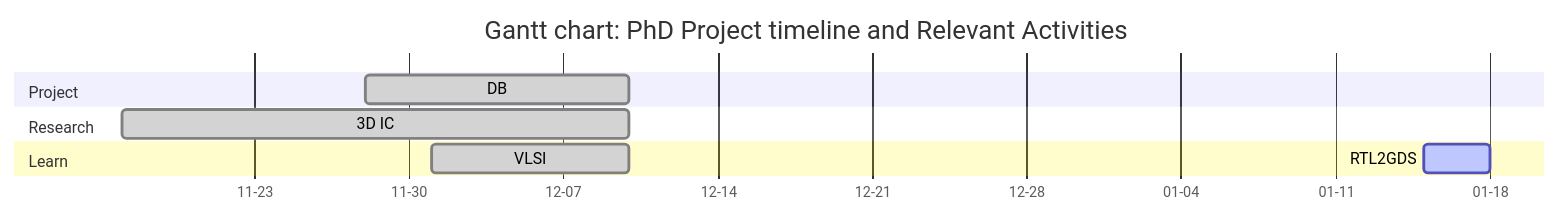
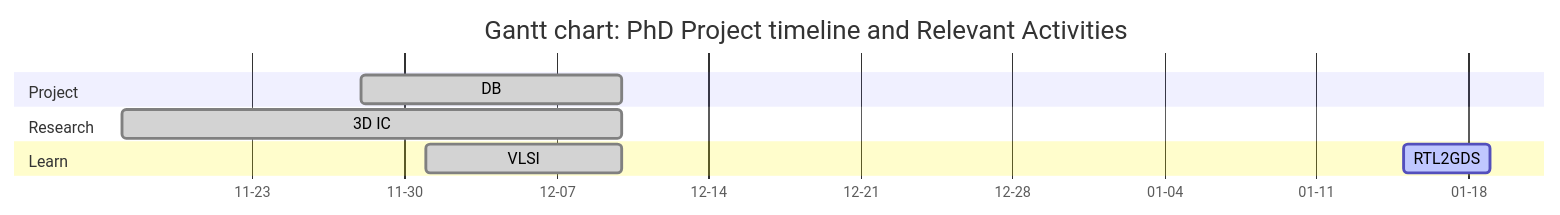
The third of 3 diagrams in tinyml/index.qmd (Marcobisky/Marcobisky.github.io), drawn with Mermaid before and after one commit. The commit also changed other lines of this file and 23 other files, not shown here.

````diff
--- a/tinyml/index.qmd
+++ b/tinyml/index.qmd
@@ -93,26 +93,26 @@
 ```{mermaid}
 ---
 displayMode: compact
 ---
 %%| label: fig-phd-timeline
 %%| fig-cap: "Gantt Chart"
 %%| fig-width: 10
 %%| fig-height: 6
 
 gantt
     title Gantt chart: PhD Project timeline and Relevant Activities
     dateFormat  YYYY-MM-DD
     axisFormat  %m-%d
     tickInterval 14d
 
     section Project
         DB :done, 2025-11-28, 2025-12-10
 
     section Research
         3D IC :done, 2025-11-17, 2025-12-10
 
     section Learn
         VLSI :done, 2025-12-01, 2025-12-10
-        RTL2GDS :active, 2026-01-15, 2026-01-18
+        RTL2GDS :active, 2026-01-15, 2026-01-19
 
 ```
````
